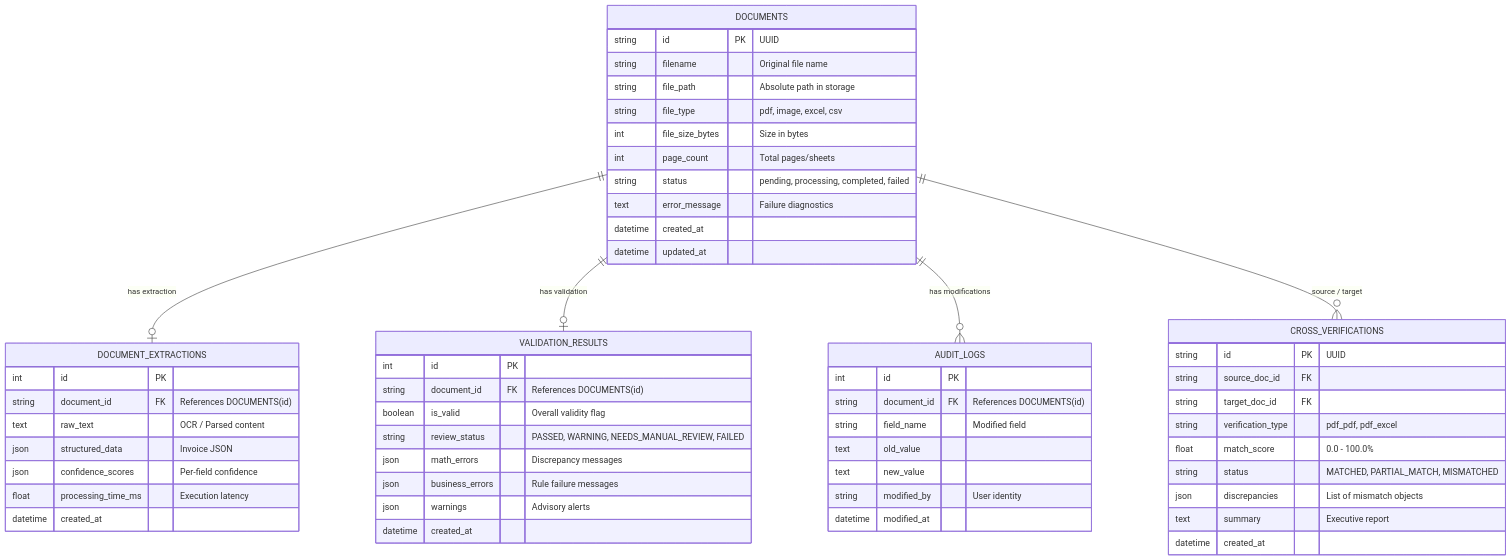
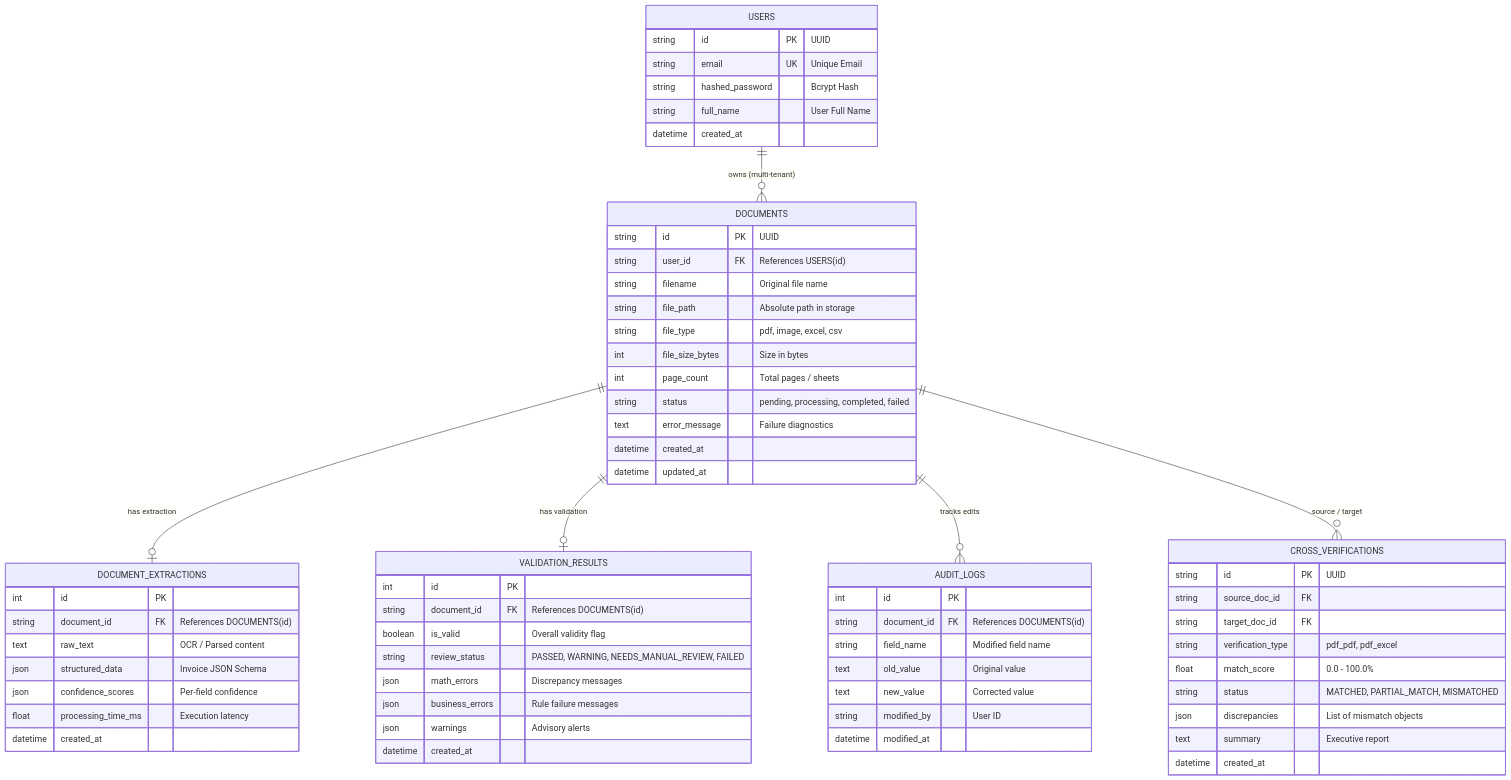
Before and after one commit to podderSoykot/OmniDoc-AI: the second of 2 diagrams in README.md, drawn with Mermaid. The commit also changed other lines of this file, not shown here.

Commit message:
docs: comprehensively update README with architecture, schema, sub-pages, and deliverables

````diff
--- a/README.md
+++ b/README.md
@@ -56,63 +82,73 @@
 ```mermaid
 erDiagram
+    USERS ||--o{ DOCUMENTS : "owns (multi-tenant)"
     DOCUMENTS ||--o| DOCUMENT_EXTRACTIONS : "has extraction"
     DOCUMENTS ||--o| VALIDATION_RESULTS : "has validation"
-    DOCUMENTS ||--o{ AUDIT_LOGS : "has modifications"
+    DOCUMENTS ||--o{ AUDIT_LOGS : "tracks edits"
     DOCUMENTS ||--o{ CROSS_VERIFICATIONS : "source / target"
+
+    USERS {
+        string id PK "UUID"
+        string email UK "Unique Email"
+        string hashed_password "Bcrypt Hash"
+        string full_name "User Full Name"
+        datetime created_at
+    }
 
     DOCUMENTS {
         string id PK "UUID"
+        string user_id FK "References USERS(id)"
         string filename "Original file name"
         string file_path "Absolute path in storage"
         string file_type "pdf, image, excel, csv"
         int file_size_bytes "Size in bytes"
-        int page_count "Total pages/sheets"
+        int page_count "Total pages / sheets"
         string status "pending, processing, completed, failed"
         text error_message "Failure diagnostics"
         datetime created_at
         datetime updated_at
     }
 
     DOCUMENT_EXTRACTIONS {
         int id PK
         string document_id FK "References DOCUMENTS(id)"
         text raw_text "OCR / Parsed content"
-        json structured_data "Invoice JSON"
+        json structured_data "Invoice JSON Schema"
         json confidence_scores "Per-field confidence"
         float processing_time_ms "Execution latency"
         datetime created_at
     }
 
     VALIDATION_RESULTS {
         int id PK
         string document_id FK "References DOCUMENTS(id)"
         boolean is_valid "Overall validity flag"
         string review_status "PASSED, WARNING, NEEDS_MANUAL_REVIEW, FAILED"
         json math_errors "Discrepancy messages"
         json business_errors "Rule failure messages"
         json warnings "Advisory alerts"
         datetime created_at
     }
 
     AUDIT_LOGS {
         int id PK
         string document_id FK "References DOCUMENTS(id)"
-        string field_name "Modified field"
-        text old_value
-        text new_value
-        string modified_by "User identity"
+        string field_name "Modified field name"
+        text old_value "Original value"
+        text new_value "Corrected value"
+        string modified_by "User ID"
         datetime modified_at
     }
 
     CROSS_VERIFICATIONS {
         string id PK "UUID"
         string source_doc_id FK
         string target_doc_id FK
         string verification_type "pdf_pdf, pdf_excel"
         float match_score "0.0 - 100.0%"
         string status "MATCHED, PARTIAL_MATCH, MISMATCHED"
         json discrepancies "List of mismatch objects"
         text summary "Executive report"
         datetime created_at
     }
 ```
````
